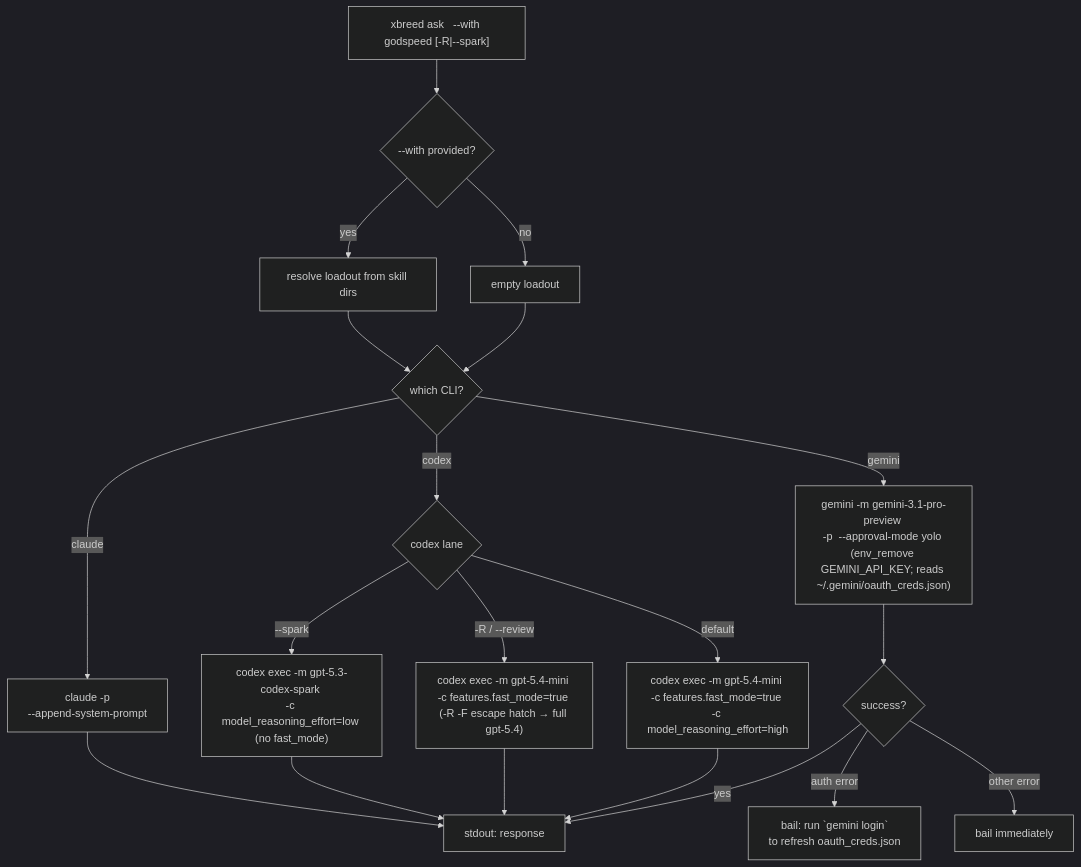
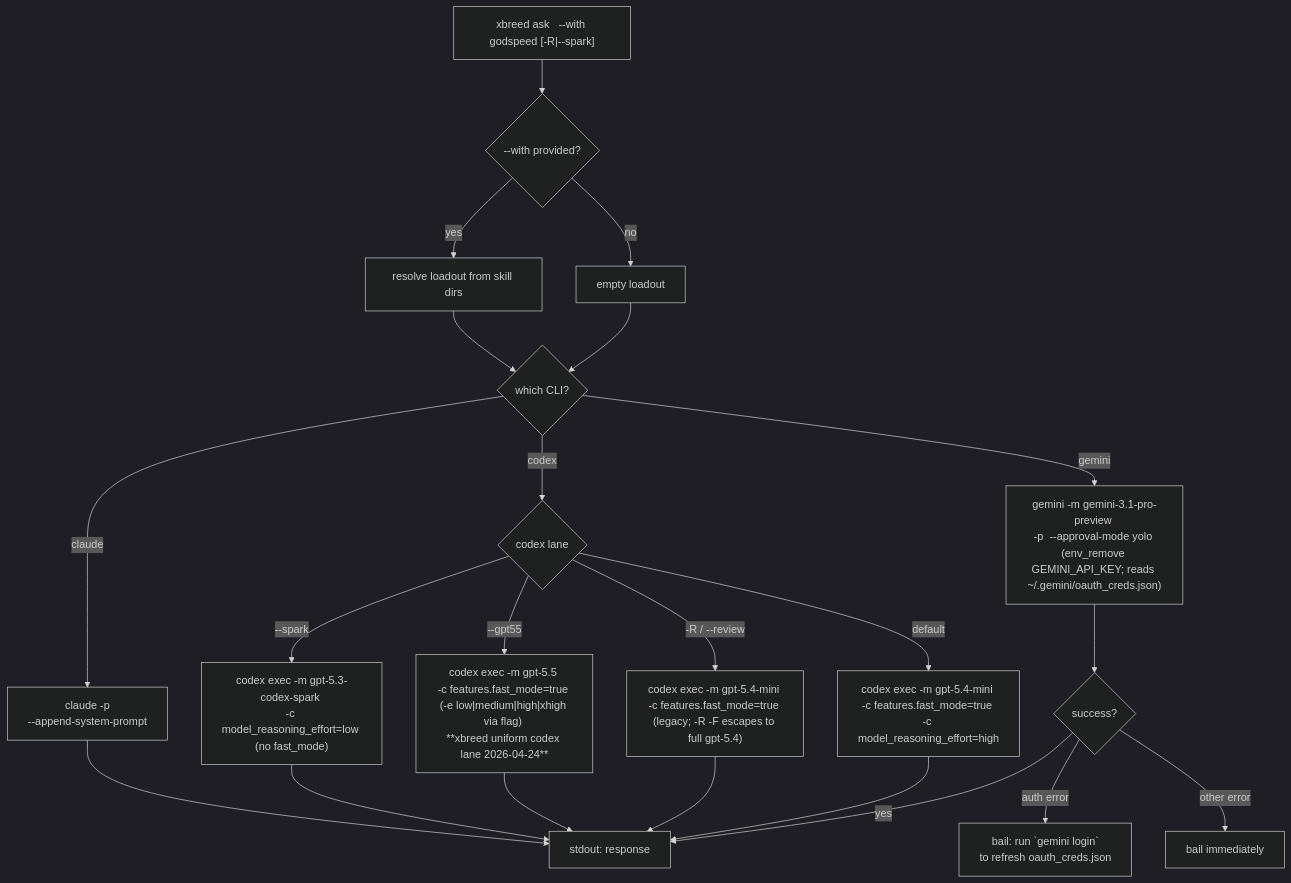
The fourth of 11 diagrams in docs/command-flows.md (VeigaPunk/xbrd-gdsp-fknpft), drawn with Mermaid (dark theme) before and after one commit. The commit also changed other lines of this file and 8 other files, not shown here.

First line of the commit message:
docs(xbgst): rewire codex lanes to gpt-5.5 + gemini medium + --gs

````diff
--- a/docs/command-flows.md
+++ b/docs/command-flows.md
@@ -84,27 +84,29 @@
 ```mermaid
 flowchart TD
     A["xbreed ask <cli> <prompt> --with godspeed [-R|--spark]"]
     A --> B{--with provided?}
     B -->|yes| C[resolve loadout from skill dirs]
     B -->|no| D[empty loadout]
     C --> E{which CLI?}
     D --> E
 
     E -->|claude| F["claude -p <prompt> \n--append-system-prompt <loadout>"]
     E -->|codex| Cdx{codex lane}
     E -->|gemini| H["gemini -m gemini-3.1-pro-preview \n-p <prompt> --approval-mode yolo \n(env_remove GEMINI_API_KEY; reads ~/.gemini/oauth_creds.json)"]
 
     Cdx -->|--spark| Csp["codex exec -m gpt-5.3-codex-spark \n-c model_reasoning_effort=low \n(no fast_mode)"]
-    Cdx -->|"-R / --review"| Crv["codex exec -m gpt-5.4-mini \n-c features.fast_mode=true \n(-R -F escape hatch → full gpt-5.4)"]
+    Cdx -->|--gpt55| Cg5["codex exec -m gpt-5.5 \n-c features.fast_mode=true \n(-e low|medium|high|xhigh via flag) \n**xbreed uniform codex lane 2026-04-24**"]
+    Cdx -->|"-R / --review"| Crv["codex exec -m gpt-5.4-mini \n-c features.fast_mode=true \n(legacy; -R -F escapes to full gpt-5.4)"]
     Cdx -->|default| Cdf["codex exec -m gpt-5.4-mini \n-c features.fast_mode=true \n-c model_reasoning_effort=high"]
 
     H --> Ha{success?}
     Ha -->|yes| P[stdout: response]
     Ha -->|auth error| Hae["bail: run `gemini login` \nto refresh oauth_creds.json"]
     Ha -->|other error| R[bail immediately]
 
     F --> P
     Csp --> P
+    Cg5 --> P
     Crv --> P
     Cdf --> P
 ```
````
